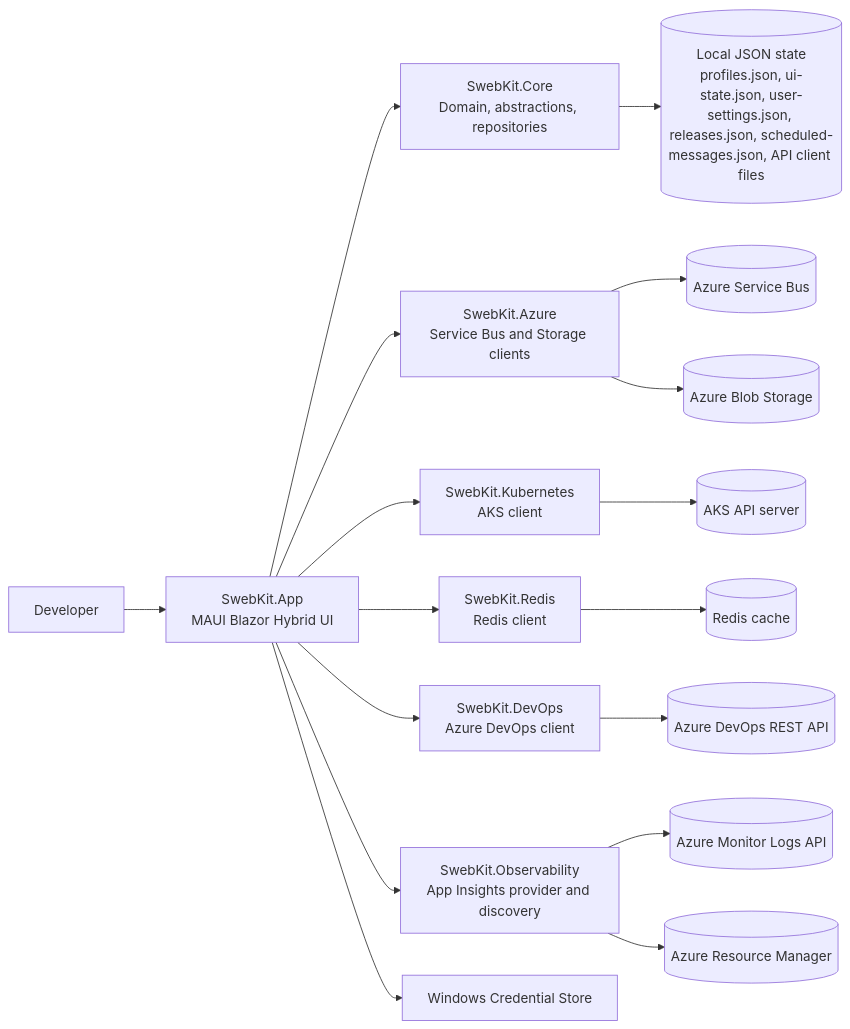
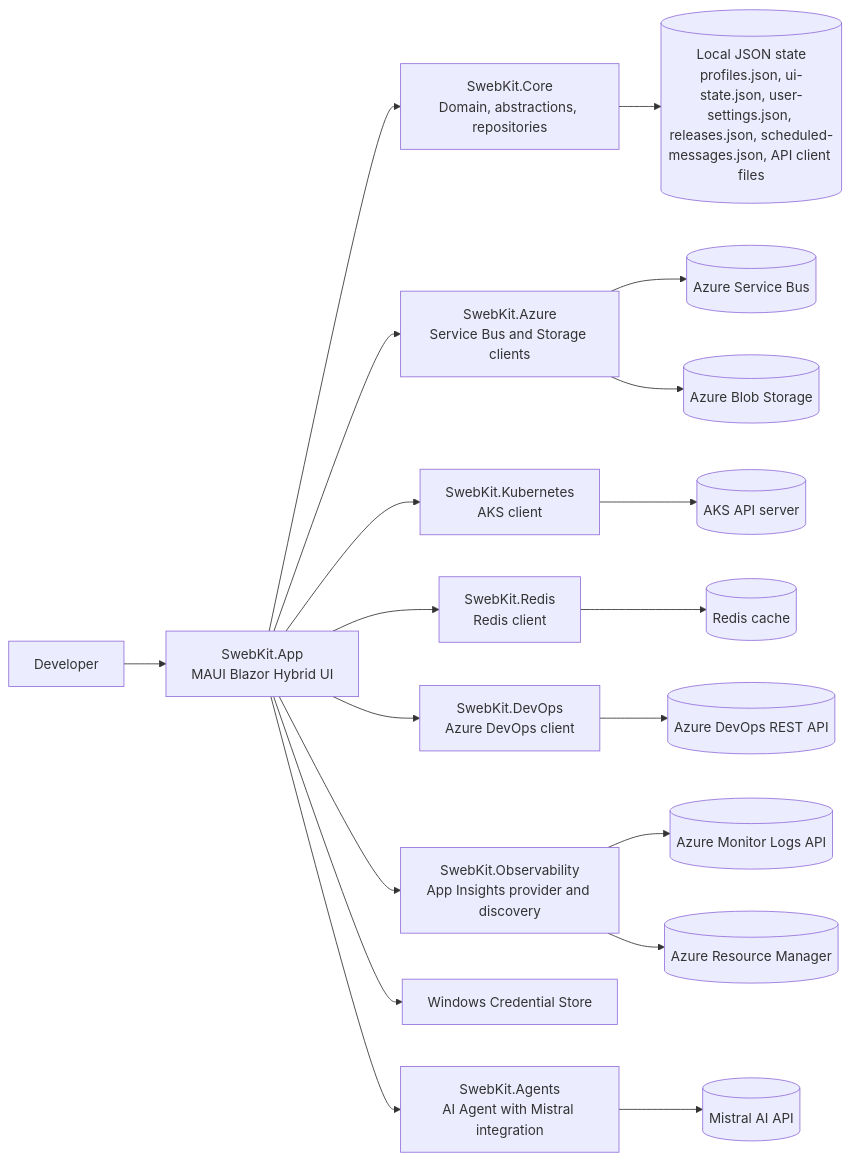
Before and after one commit to SWojtyla/SwebKit: the diagram in docs/architecture/architecture.md, drawn with Mermaid. The commit also changed other lines of this file and 3 other files, not shown here.

Commit message:
feat: Add AI Agent integration with Mistral AI; update documentation and architecture

````diff
--- a/docs/architecture/architecture.md
+++ b/docs/architecture/architecture.md
@@ -29,22 +30,25 @@
 ```mermaid
 flowchart LR
     User[Developer] --> App[SwebKit.App\nMAUI Blazor Hybrid UI]
 
     App --> Core[SwebKit.Core\nDomain, abstractions, repositories]
     App --> Azure[SwebKit.Azure\nService Bus and Storage clients]
     App --> K8s[SwebKit.Kubernetes\nAKS client]
     App --> Redis[SwebKit.Redis\nRedis client]
     App --> DevOps[SwebKit.DevOps\nAzure DevOps client]
     App --> Obs[SwebKit.Observability\nApp Insights provider and discovery]
     App --> Cred[Windows Credential Store]
 
     Core --> LocalState[(Local JSON state\nprofiles.json, ui-state.json, user-settings.json, releases.json, scheduled-messages.json, API client files)]
 
     Azure --> SB[(Azure Service Bus)]
     Azure --> Blob[(Azure Blob Storage)]
     K8s --> AksApi[(AKS API server)]
     Redis --> RedisSvc[(Redis cache)]
     DevOps --> Ado[(Azure DevOps REST API)]
     Obs --> Monitor[(Azure Monitor Logs API)]
     Obs --> Arm[(Azure Resource Manager)]
+    App --> Agents[SwebKit.Agents
+AI Agent with Mistral integration]
+    Agents --> Mistral[(Mistral AI API)]
 ```
````
